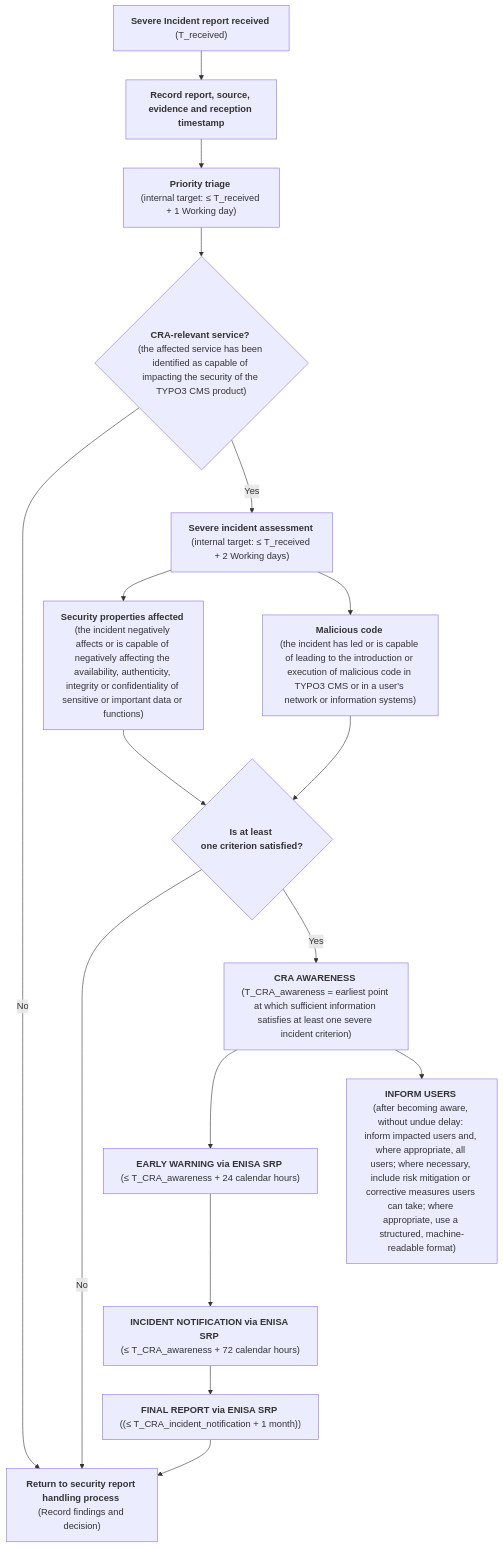
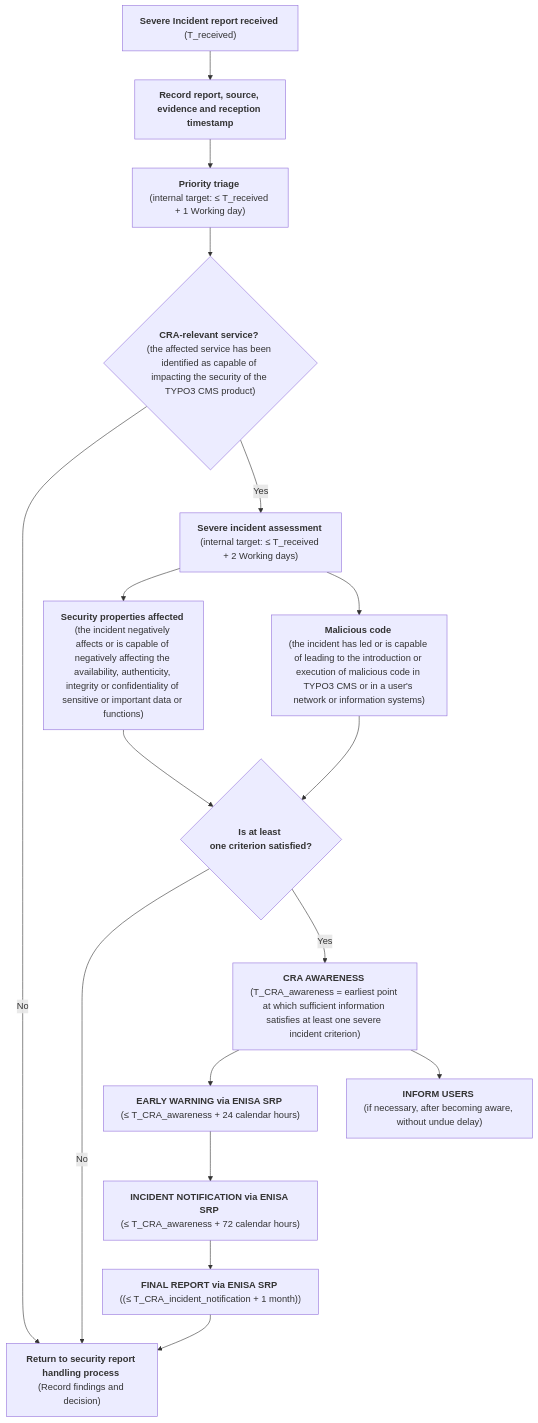
Before and after one commit to rfoucard/cra-fast-track: the diagram in templates/severe-incident-process.md, drawn with Mermaid.

````diff
--- a/templates/severe-incident-process.md
+++ b/templates/severe-incident-process.md
@@ -15,34 +15,34 @@
 ```mermaid
 flowchart TD
 
     A["<strong>Severe&nbsp;Incident&nbsp;report&nbsp;received</strong> \n(T_received)"] --> B["<strong>Record&nbsp;report,&nbsp;source, evidence and reception timestamp</strong>"]
 
     B --> C["<strong>Priority triage</strong> \n(internal&nbsp;target:&nbsp;≤&nbsp;T_received + 1 Working day)"]
 
     C --> D{"<strong>CRA-relevant service?</strong> (the&nbsp;affected&nbsp;service&nbsp;has&nbsp;been identified as capable of impacting the security of the TYPO3 CMS product)"}
 
     D -- "No" --> X["<strong>Return&nbsp;to&nbsp;security&nbsp;report handling&nbsp;process</strong> \n(Record findings and decision)"]
 
     D -- "Yes" --> E["<strong>Severe&nbsp;incident&nbsp;assessment</strong> \n(internal&nbsp;target:&nbsp;≤&nbsp;T_received + 2 Working days)"]
 
     E --> F["<strong>Security&nbsp;properties&nbsp;affected</strong> (the incident negatively affects or is capable of negatively affecting the availability, authenticity, integrity or confidentiality of sensitive or important data or functions)"]
 
     E --> G["<strong>Malicious&nbsp;code</strong> (the&nbsp;incident&nbsp;has&nbsp;led&nbsp;or&nbsp;is&nbsp;capable of leading to the introduction or execution of malicious code in TYPO3 CMS or in a user's network or information systems)"]
 
     F --> J{"<strong>Is at least one&nbsp;criterion&nbsp;satisfied?</strong>"}
     G --> J
 
     J -- "No" --> X
     J -- "Yes" --> L["<strong>CRA AWARENESS</strong> \n(T_CRA_awareness&nbsp;=&nbsp;earliest&nbsp;point at which sufficient information satisfies at least one severe incident criterion)"]
 
     L --> M["<strong>EARLY WARNING via ENISA SRP</strong> \n(≤&nbsp;T_CRA_awareness&nbsp;+&nbsp;24&nbsp;calendar&nbsp;hours)"]
 
     M --> N["<strong>INCIDENT NOTIFICATION via ENISA SRP</strong> \n(≤&nbsp;T_CRA_awareness&nbsp;+&nbsp;72&nbsp;calendar&nbsp;hours)"]
 
     N --> O["<strong>FINAL REPORT via ENISA SRP</strong> \n((≤&nbsp;T_CRA_incident_notification&nbsp;+&nbsp;1&nbsp;month))"]
 
     O --> X
 
-    L --> U["<strong>INFORM USERS</strong> \n(after becoming aware, without undue delay: inform impacted users and, where appropriate, all users; where necessary, include risk mitigation or corrective measures users can take; where appropriate, use a structured, machine-readable format)"]
+    L --> U["<strong>INFORM USERS</strong> \n(if&nbsp;necessary,&nbsp;after&nbsp;becoming&nbsp;aware, without undue delay)"]
 
 ```
````
